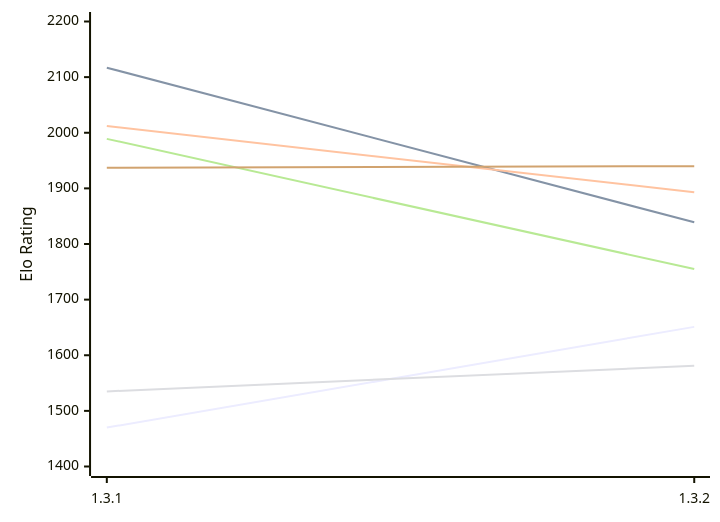
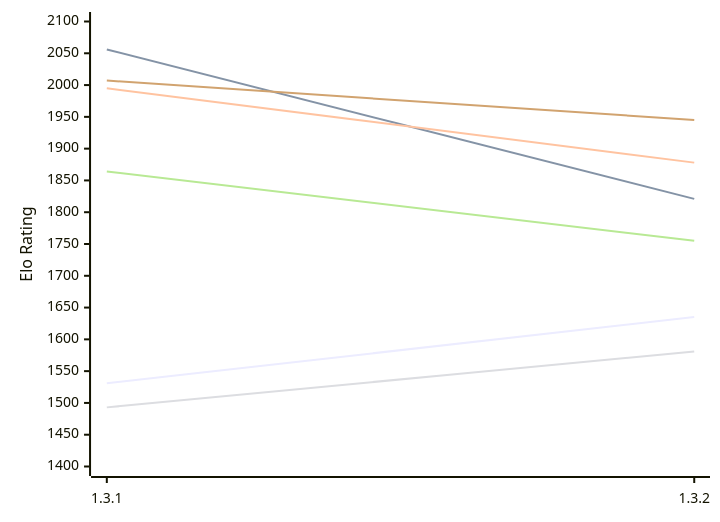
Before and after one commit to computer-chess-index/cci: the first of 2 diagrams in engines/Zugblitz.md, drawn with Mermaid. The commit also changed other lines of this file, not shown here.

Commit message:
Update CCI Ratings (ELO VLTC) - 2026-11-15

````diff
--- a/engines/Zugblitz.md
+++ b/engines/Zugblitz.md
@@ -50,12 +50,12 @@
 ```mermaid
 %%{init: {"theme":"base","themeVariables":{"seriesColors:['#a3a3a3','#222221','#faa371']}}}%%
 xychart-beta
   x-axis ["1.3.1", "1.3.2"]
-  y-axis "Elo Rating" 1400 --> 2200
-  line "E1: STC (8.0+0.08s)" [1470, 1651]
-  line "E1: LTC (60.0+0.60s)" [2117, 1839]
-  line "E1: VLTC (2m24s+1.12s)" [2012, 1893]
-  line "P1: STC (8.0+0.08s)" [1535, 1581]
-  line "P1: LTC (60.0+0.60s)" [1989, 1755]
-  line "P1: VLTC (2m24s+1.12s)" [1937, 1940]
+  y-axis "Elo Rating" 1400 --> 2100
+  line "E1: STC (8.0+0.08s)" [1531, 1635]
+  line "E1: LTC (60.0+0.60s)" [2056, 1821]
+  line "E1: VLTC (2m24s+1.12s)" [1995, 1878]
+  line "P1: STC (8.0+0.08s)" [1493, 1581]
+  line "P1: LTC (60.0+0.60s)" [1864, 1755]
+  line "P1: VLTC (2m24s+1.12s)" [2007, 1945]
 ```
````
